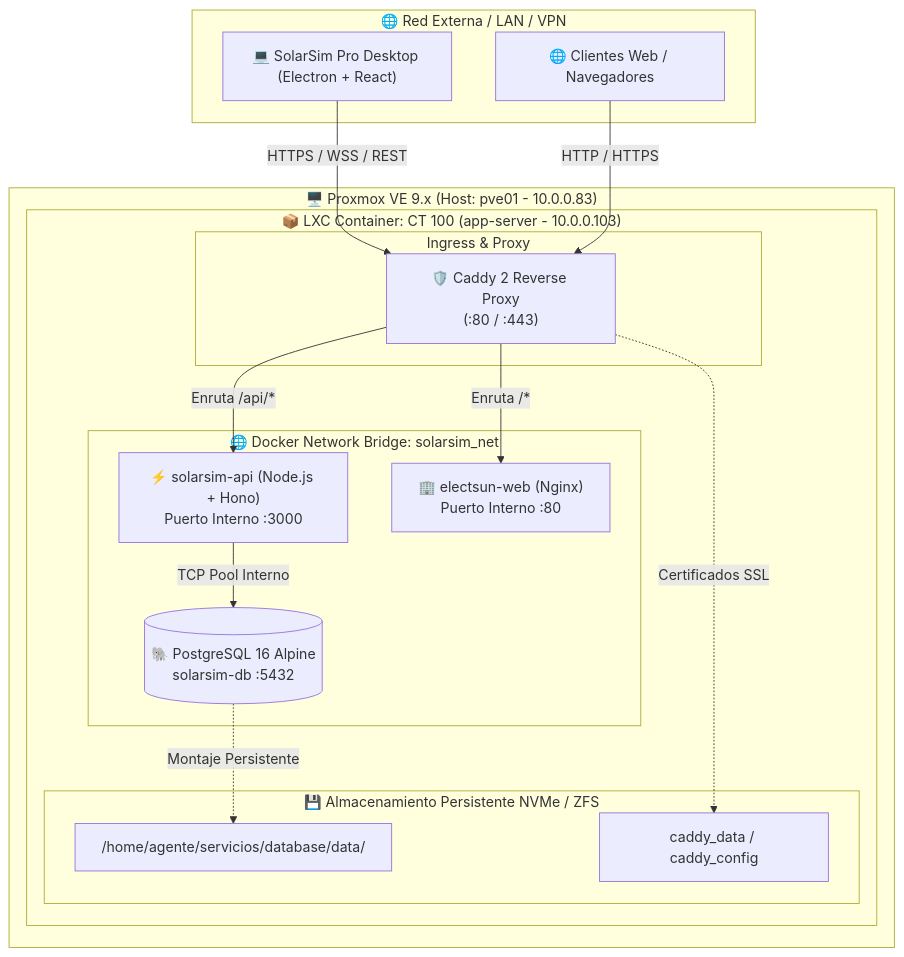
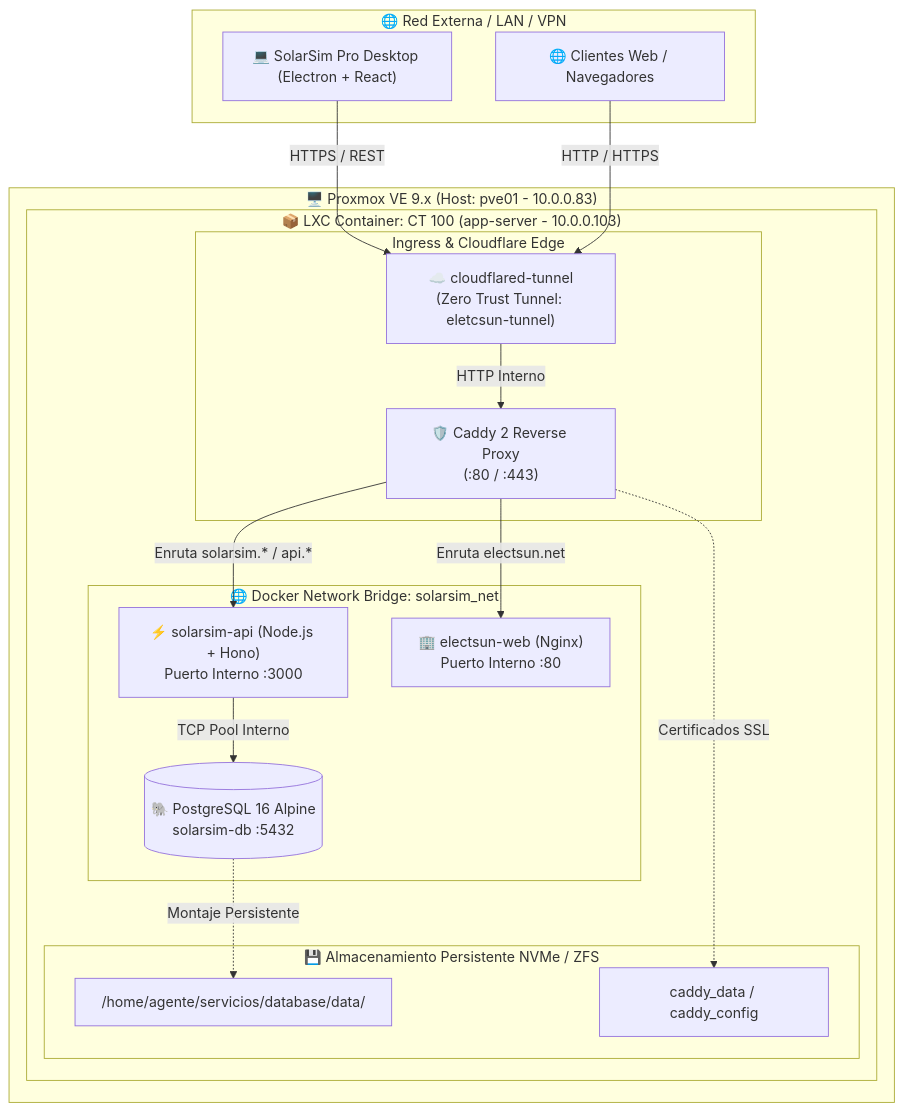
One commit to WilkerDev1/solarsim-pro changed the first of 2 diagrams in docs/INFRASTRUCTURE_ARCHITECTURE.md. Above: the diagram before and after it, drawn with Mermaid. The commit also changed 4 other files, not shown here.

Commit message:
feat(infra): configurar y desplegar cloudflared tunnel conectado a solarsim_net

````diff
--- a/docs/INFRASTRUCTURE_ARCHITECTURE.md
+++ b/docs/INFRASTRUCTURE_ARCHITECTURE.md
@@ -28,38 +28,40 @@
 ```mermaid
 graph TB
     subgraph LAN_VPN ["🌐 Red Externa / LAN / VPN"]
         DesktopApp["💻 SolarSim Pro Desktop (Electron + React)"]
         BrowserApp["🌐 Clientes Web / Navegadores"]
     end
 
     subgraph PROXMOX ["🖥️ Proxmox VE 9.x (Host: pve01 - 10.0.0.83)"]
         subgraph CT100 ["📦 LXC Container: CT 100 (app-server - 10.0.0.103)"]
             
-            subgraph INGRESS ["Ingress & Proxy"]
+            subgraph INGRESS ["Ingress & Cloudflare Edge"]
+                CFTunnel["☁️ cloudflared-tunnel\n(Zero Trust Tunnel: eletcsun-tunnel)"]
                 Caddy["🛡️ Caddy 2 Reverse Proxy\n(:80 / :443)"]
             end
 
             subgraph DOCKER_NET ["🌐 Docker Network Bridge: solarsim_net"]
                 API["⚡ solarsim-api (Node.js + Hono)\nPuerto Interno :3000"]
                 DB[("🐘 PostgreSQL 16 Alpine\nsolarsim-db :5432")]
                 Web["🏢 electsun-web (Nginx)\nPuerto Interno :80"]
             end
 
             subgraph STORAGE ["💾 Almacenamiento Persistente NVMe / ZFS"]
                 VolDB["/home/agente/servicios/database/data/"]
                 VolCaddy["caddy_data / caddy_config"]
             end
         end
     end
 
-    DesktopApp -->|HTTPS / WSS / REST| Caddy
-    BrowserApp -->|HTTP / HTTPS| Caddy
+    DesktopApp -->|HTTPS / REST| CFTunnel
+    BrowserApp -->|HTTP / HTTPS| CFTunnel
+    CFTunnel -->|HTTP Interno| Caddy
     
-    Caddy -->|Enruta /api/*| API
-    Caddy -->|Enruta /*| Web
+    Caddy -->|Enruta solarsim.* / api.*| API
+    Caddy -->|Enruta electsun.net| Web
     
     API -->|TCP Pool Interno| DB
     
     DB -.->|Montaje Persistente| VolDB
     Caddy -.->|Certificados SSL| VolCaddy
 ```
````
